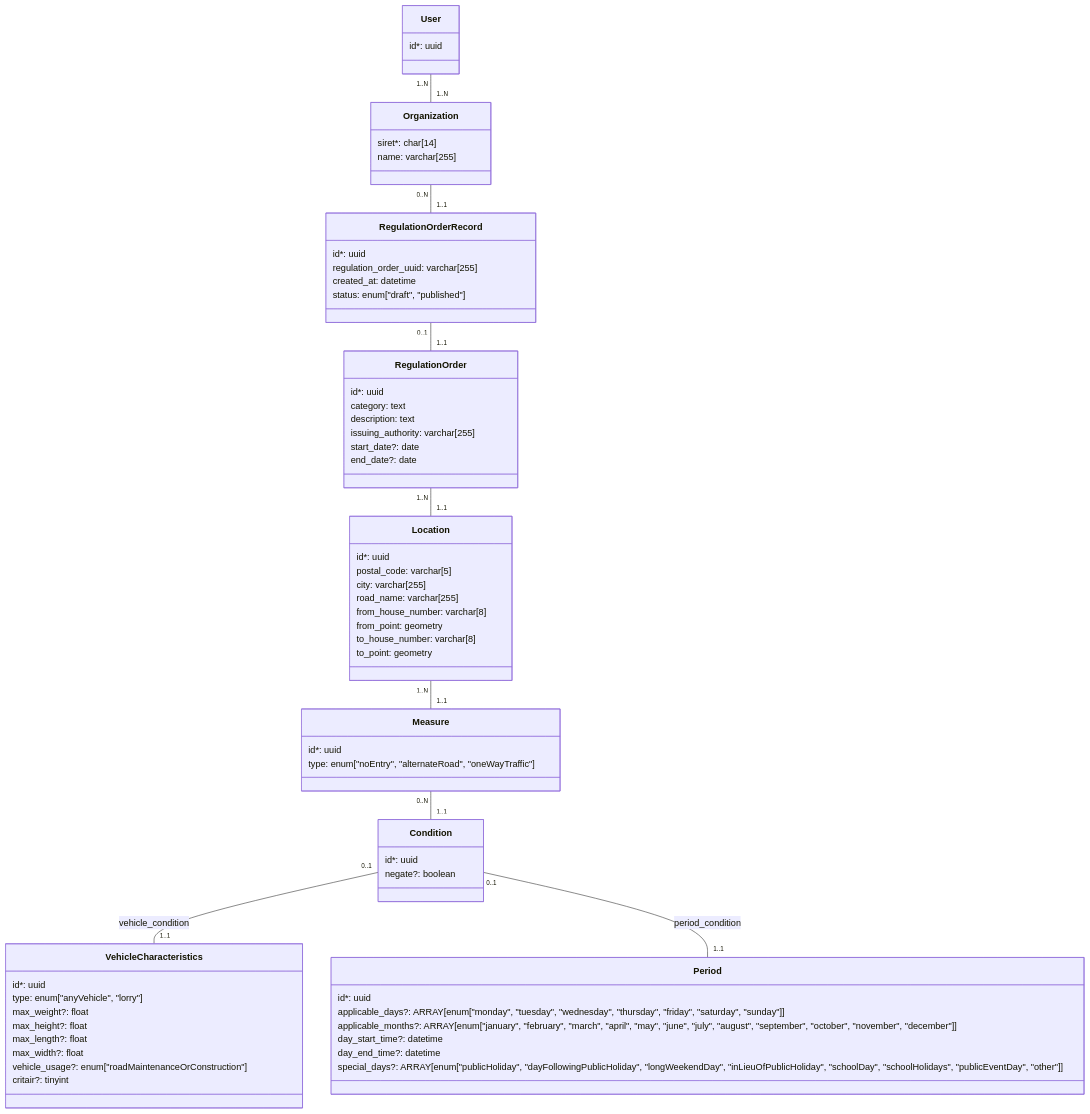
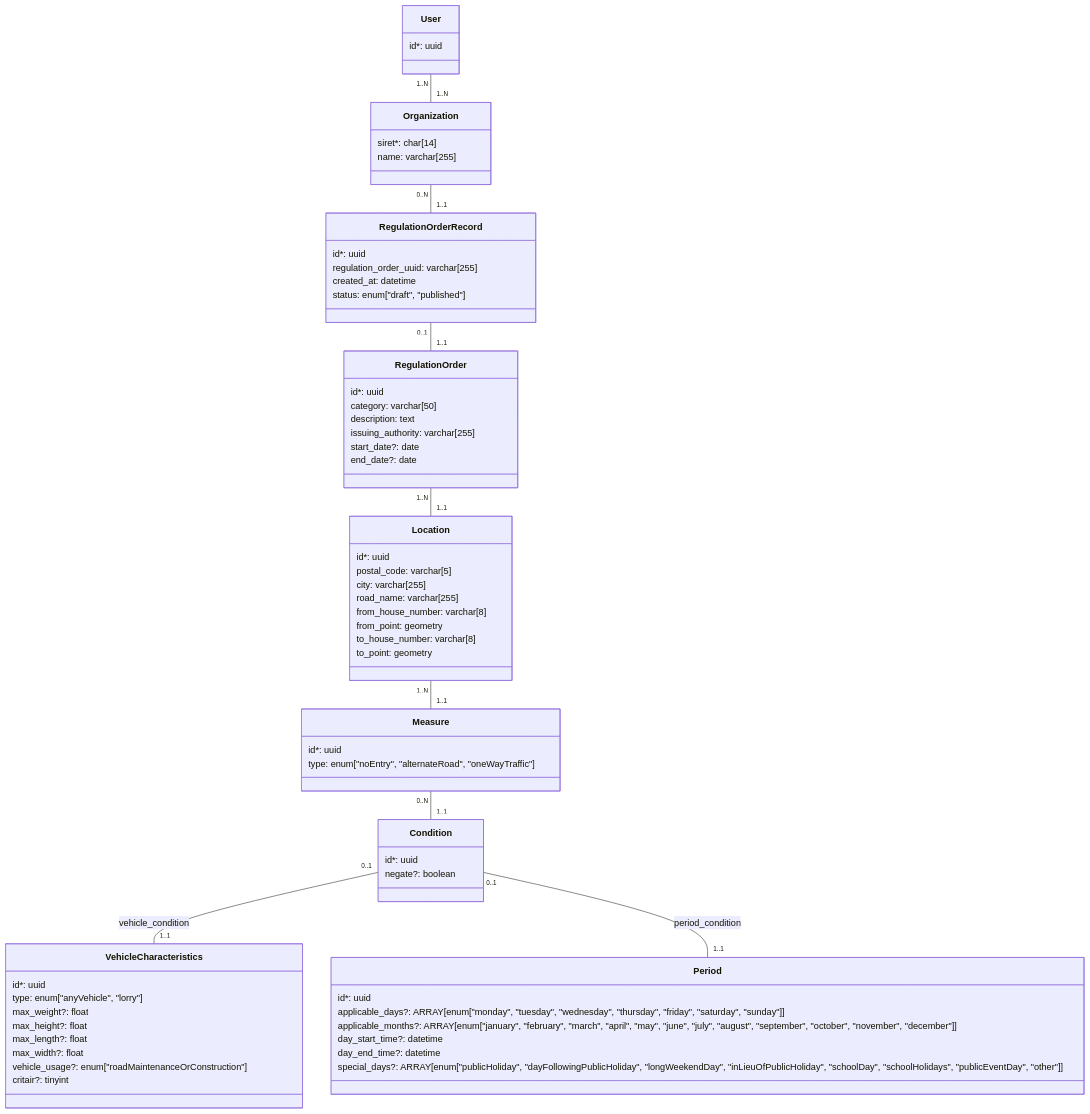
Before and after one commit to MTES-MCT/dialog: the diagram in docs/adr/002_mcd.md, drawn with Mermaid. The commit also changed 18 other files, not shown here.

````diff
--- a/docs/adr/002_mcd.md
+++ b/docs/adr/002_mcd.md
@@ -19,79 +19,79 @@
 ```mermaid
 classDiagram
 direction TB
 
 class User {
     id*: uuid
 }
 
 class Organization {
     siret*: char[14]
     name: varchar[255]
 }
 
 class RegulationOrderRecord {
     id*: uuid
     regulation_order_uuid: varchar[255]
     created_at: datetime
     status: enum["draft", "published"]
 }
 
 class RegulationOrder {
     id*: uuid
-    category: text
+    category: varchar[50]
     description: text
     issuing_authority: varchar[255]
     start_date?: date
     end_date?: date
 }
 
 class Measure {
   id*: uuid
   type: enum["noEntry", "alternateRoad", "oneWayTraffic"]
 }
 
 class VehicleCharacteristics {
     id*: uuid
     type: enum["anyVehicle", "lorry"]
     max_weight?: float
     max_height?: float
     max_length?: float
     max_width?: float
     vehicle_usage?: enum["roadMaintenanceOrConstruction"]
     critair?: tinyint
 }
 
 class Location {
     id*: uuid
     postal_code: varchar[5]
     city: varchar[255]
     road_name: varchar[255]
     from_house_number: varchar[8]
     from_point: geometry
     to_house_number: varchar[8]
     to_point: geometry
 }
 
 class Condition {
     id*: uuid
     negate?: boolean
 }
 
 class Period {
     id*: uuid
     applicable_days?: ARRAY[enum["monday", "tuesday", "wednesday", "thursday", "friday", "saturday", "sunday"]]
     applicable_months?: ARRAY[enum["january", "february", "march", "april", "may", "june", "july", "august", "september", "october", "november", "december"]]
     day_start_time?: datetime
     day_end_time?: datetime
     special_days?: ARRAY[enum["publicHoliday", "dayFollowingPublicHoliday", "longWeekendDay", "inLieuOfPublicHoliday", "schoolDay", "schoolHolidays", "publicEventDay", "other"]]
 }
 
 User "1..N" -- "1..N" Organization
 Organization "0..N" -- "1..1" RegulationOrderRecord
 RegulationOrderRecord "0..1" -- "1..1" RegulationOrder
 RegulationOrder "1..N" -- "1..1" Location
 Location "1..N" -- "1..1" Measure
 Measure "0..N" -- "1..1" Condition
 Condition "0..1" -- "1..1" VehicleCharacteristics : vehicle_condition
 Condition "0..1" -- "1..1" Period : period_condition
 ```
````
